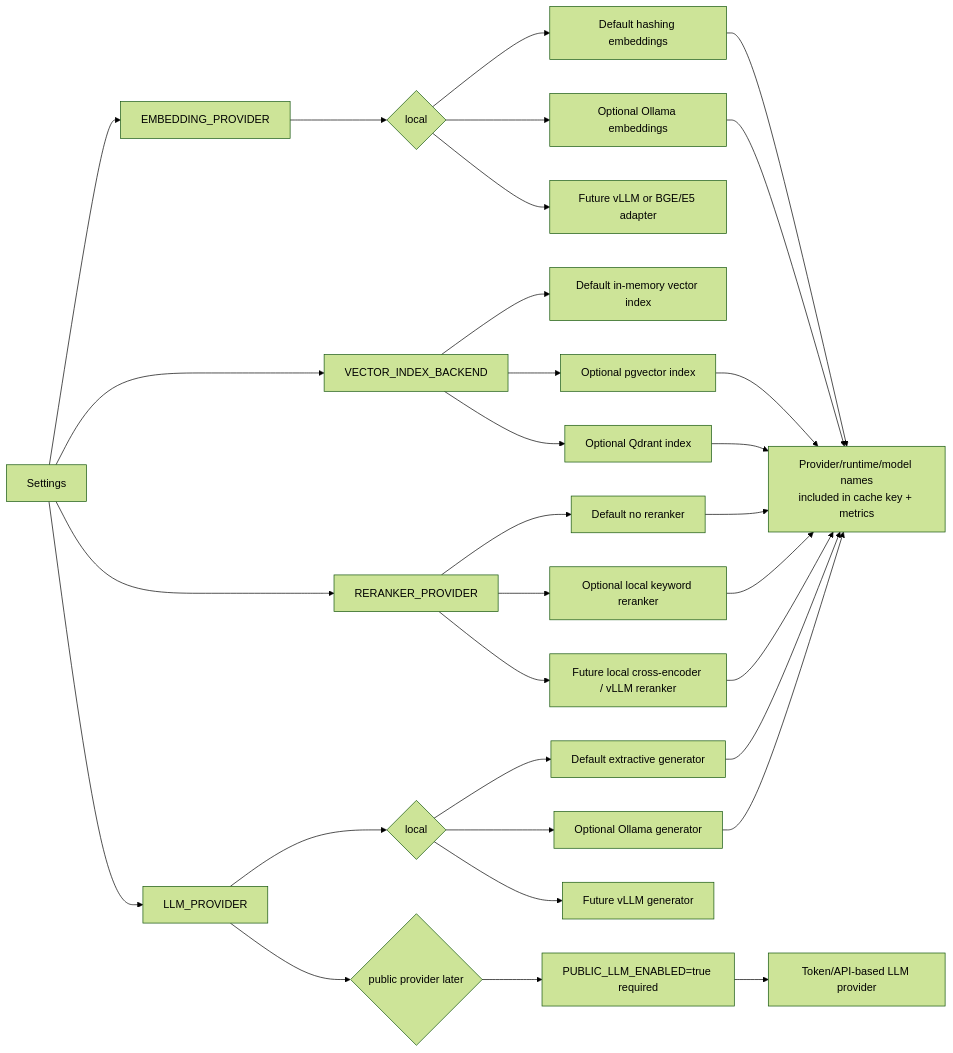
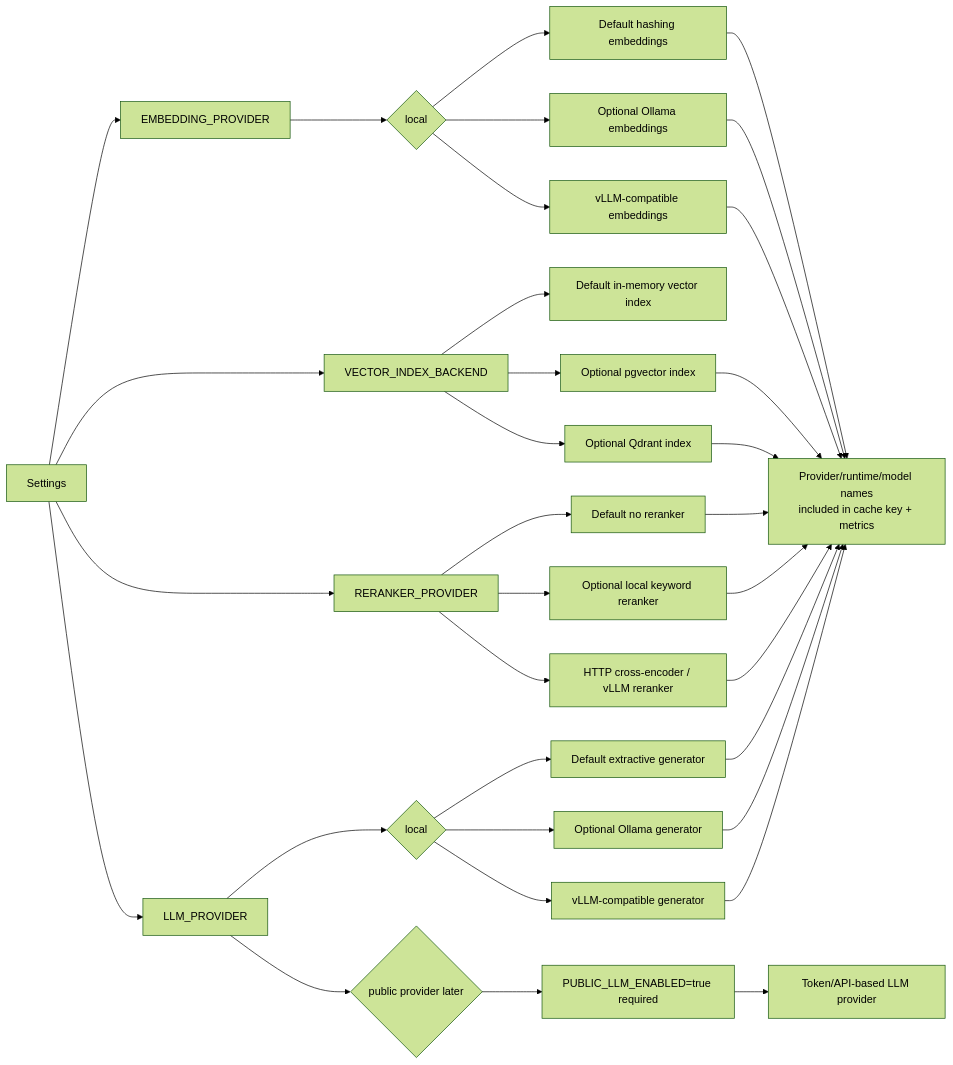
The seventh of 11 diagrams in docs/flow-diagrams.md (lnrdwarampudis-git/rag-saas-docs-ingestion-poc), drawn with Mermaid (forest theme) before and after one commit. The commit also changed 22 other files, not shown here.

````diff
--- a/docs/flow-diagrams.md
+++ b/docs/flow-diagrams.md
@@ -195,33 +195,35 @@
 ```mermaid
 flowchart LR
   config["Settings"] --> embeddingProvider["EMBEDDING_PROVIDER"]
   config --> vectorIndex["VECTOR_INDEX_BACKEND"]
   config --> rerankerProvider["RERANKER_PROVIDER"]
   config --> llmProvider["LLM_PROVIDER"]
   embeddingProvider --> localEmbedding{"local"}
   localEmbedding --> hashing["Default hashing embeddings"]
   localEmbedding --> ollamaEmbedding["Optional Ollama embeddings"]
-  localEmbedding --> futureEmbedding["Future vLLM or BGE/E5 adapter"]
+  localEmbedding --> vllmEmbedding["vLLM-compatible embeddings"]
   vectorIndex --> memoryIndex["Default in-memory vector index"]
   vectorIndex --> pgvectorIndex["Optional pgvector index"]
   vectorIndex --> qdrantIndex["Optional Qdrant index"]
   rerankerProvider --> noReranker["Default no reranker"]
   rerankerProvider --> keywordReranker["Optional local keyword reranker"]
-  rerankerProvider --> futureReranker["Future local cross-encoder / vLLM reranker"]
+  rerankerProvider --> httpReranker["HTTP cross-encoder / vLLM reranker"]
   llmProvider --> localLlm{"local"}
   localLlm --> extractive["Default extractive generator"]
   localLlm --> ollamaLlm["Optional Ollama generator"]
-  localLlm --> futureLlm["Future vLLM generator"]
+  localLlm --> vllmLlm["vLLM-compatible generator"]
   llmProvider --> public{"public provider later"}
   public --> gate["PUBLIC_LLM_ENABLED=true required"]
   gate --> tokenApi["Token/API-based LLM provider"]
   hashing --> cacheKey["Provider/runtime/model names<br/>included in cache key + metrics"]
   extractive --> cacheKey
   ollamaEmbedding --> cacheKey
+  vllmEmbedding --> cacheKey
   ollamaLlm --> cacheKey
+  vllmLlm --> cacheKey
   pgvectorIndex --> cacheKey
   qdrantIndex --> cacheKey
   noReranker --> cacheKey
   keywordReranker --> cacheKey
-  futureReranker --> cacheKey
+  httpReranker --> cacheKey
 ```
````
